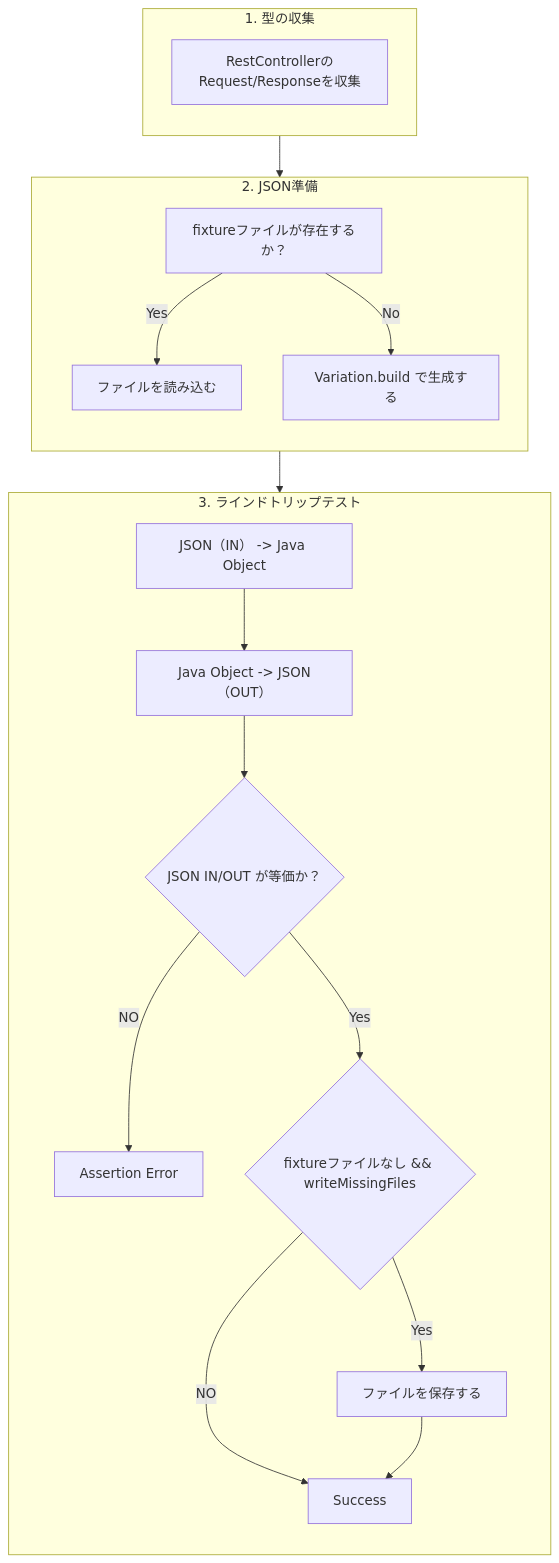
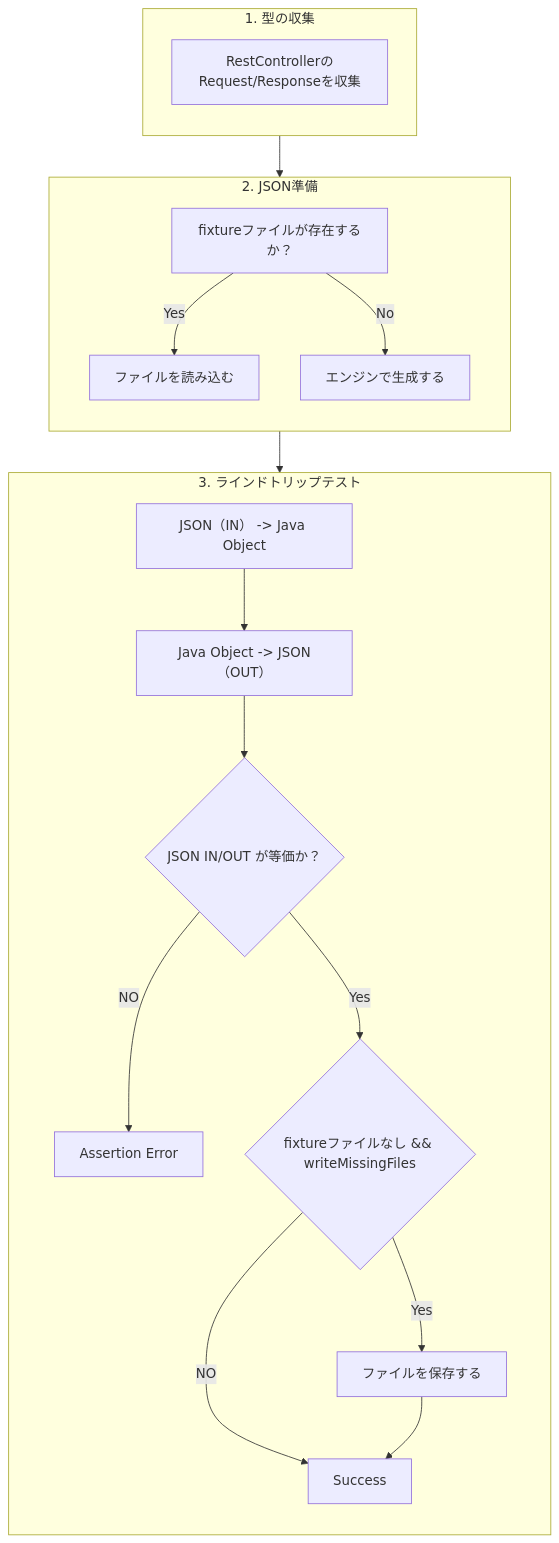
Before and after one commit to irof/spring-payload-binding-test: the diagram in README.md, drawn with Mermaid. The commit also changed other lines of this file, not shown here.

````diff
--- a/README.md
+++ b/README.md
@@ -9,31 +9,31 @@
 ```mermaid
 flowchart TB
   subgraph Collection[1. 型の収集]
     direction TB
     C1[RestControllerのRequest/Responseを収集]
   end
 
   subgraph Prepare[2. JSON準備]
     direction TB
     E1["fixtureファイルが存在するか？"]
     E1 -- Yes --> E2-1[ファイルを読み込む]
-    E1 -- No --> E2-2[Variation.build で生成する]
+    E1 -- No --> E2-2[エンジンで生成する]
   end
 
   subgraph Execution[3. ラインドトリップテスト]
     direction TB
     T1["JSON（IN） -> Java Object"]
     T2["Java Object -> JSON（OUT）"]
     TC{"JSON IN/OUT が等価か？"}
     T1 --> T2 --> TC
     TC -- NO --> T_error[Assertion Error]
     TC -- Yes --> TW{"fixtureファイルなし && writeMissingFiles"}
     T_success["Success"]
     TW -- NO --> T_success
     TW -- Yes --> T_write["ファイルを保存する"]
     T_write --> T_success
   end
 
   Collection --> Prepare
   Prepare --> Execution
 ```
````
